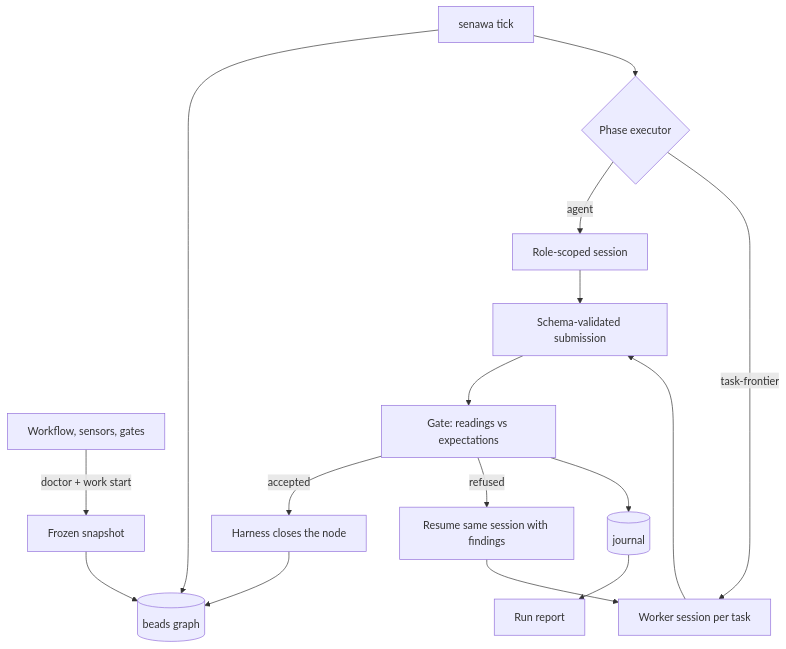
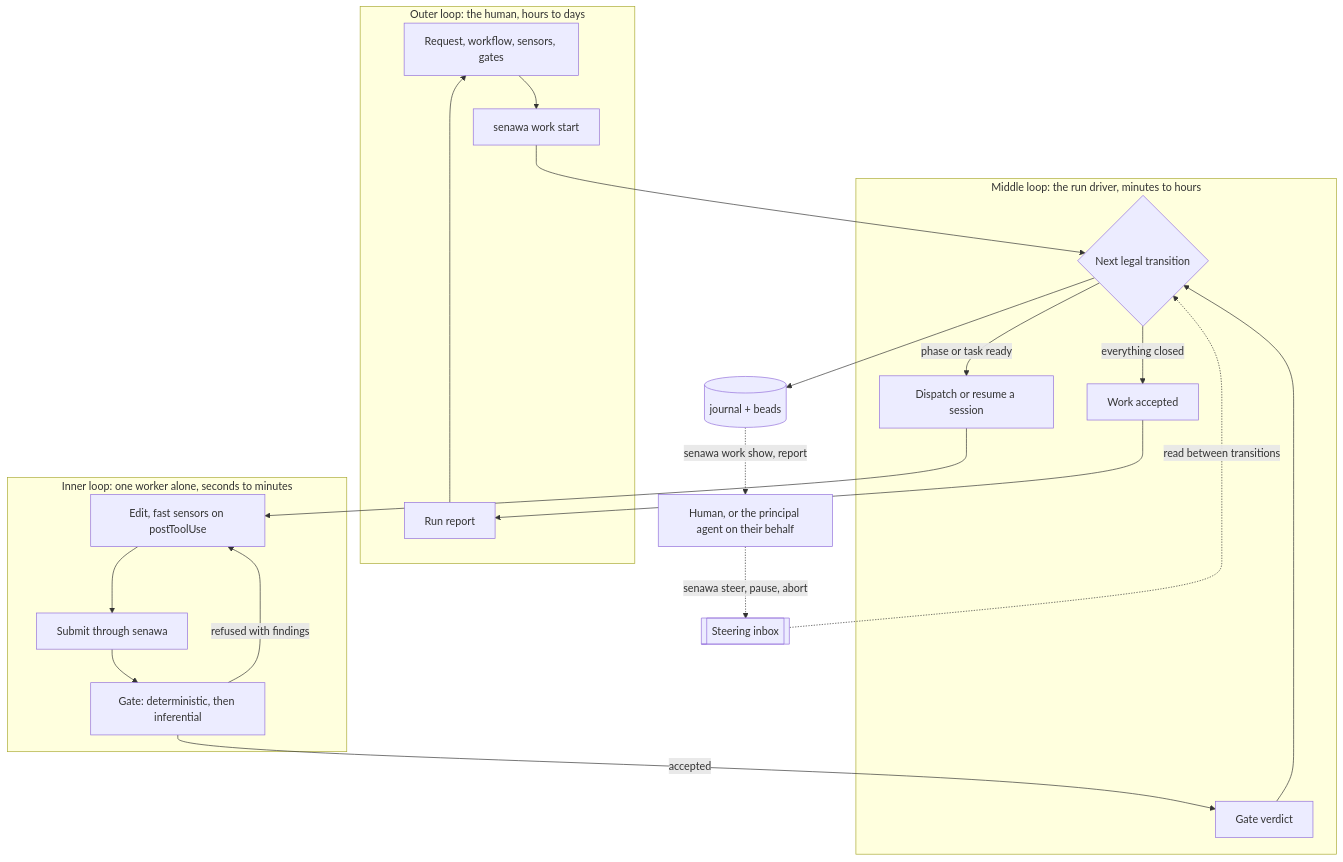
Before and after one commit to dasiths/senawa: the first of 4 diagrams in docs/design/multi-agent-orchestration.md, drawn with Mermaid. The commit also changed other lines of this file and 10 other files, not shown here.

First line of the commit message:
feat: make senawa a blocking driver with re-enterable phases

````diff
--- a/docs/design/multi-agent-orchestration.md
+++ b/docs/design/multi-agent-orchestration.md
@@ -102,17 +215,28 @@
 ```mermaid
 flowchart TB
-    D[Workflow, sensors, gates] -->|doctor + work start| S[Frozen snapshot]
-    S --> G[(beads graph)]
-    T[senawa tick] --> G
-    T --> P{Phase executor}
-    P -->|agent| A[Role-scoped session]
-    P -->|task-frontier| W[Worker session per task]
-    A & W --> SUB[Schema-validated submission]
-    SUB --> GATE[Gate: readings vs expectations]
-    GATE -->|accepted| CLOSE[Harness closes the node]
-    GATE -->|refused| REWORK[Resume same session with findings]
-    REWORK --> W
-    CLOSE --> G
-    GATE --> J[(journal)]
-    J --> R[Run report]
+    subgraph outer["Outer loop: the human, hours to days"]
+        REQ[Request, workflow, sensors, gates] --> START[senawa work start]
+        REPORT[Run report] --> REQ
+    end
+
+    subgraph middle["Middle loop: the run driver, minutes to hours"]
+        START --> ADV{Next legal transition}
+        ADV -->|phase or task ready| DISPATCH[Dispatch or resume a session]
+        ADV -->|everything closed| ACCEPTED[Work accepted]
+        VERDICT[Gate verdict] --> ADV
+    end
+
+    subgraph inner["Inner loop: one worker alone, seconds to minutes"]
+        DISPATCH --> EDIT[Edit, fast sensors on postToolUse]
+        EDIT --> SUBMIT[Submit through senawa]
+        SUBMIT --> GATE[Gate: deterministic, then inferential]
+        GATE -->|refused with findings| EDIT
+    end
+
+    GATE -->|accepted| VERDICT
+    ACCEPTED --> REPORT
+    ADV --> JOURNAL[(journal + beads)]
+    STEER[[Steering inbox]] -. read between transitions .-> ADV
+    HUMAN[Human, or the principal agent on their behalf] -. senawa steer, pause, abort .-> STEER
+    JOURNAL -. senawa work show, report .-> HUMAN
 ```
````
